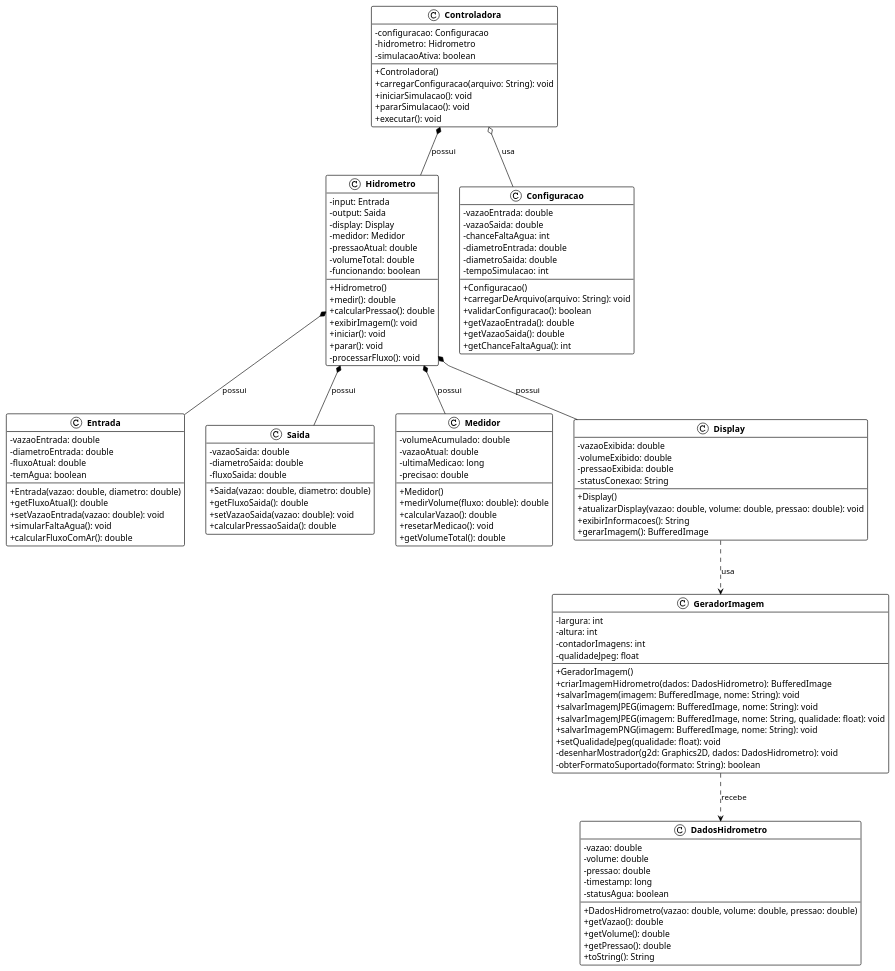
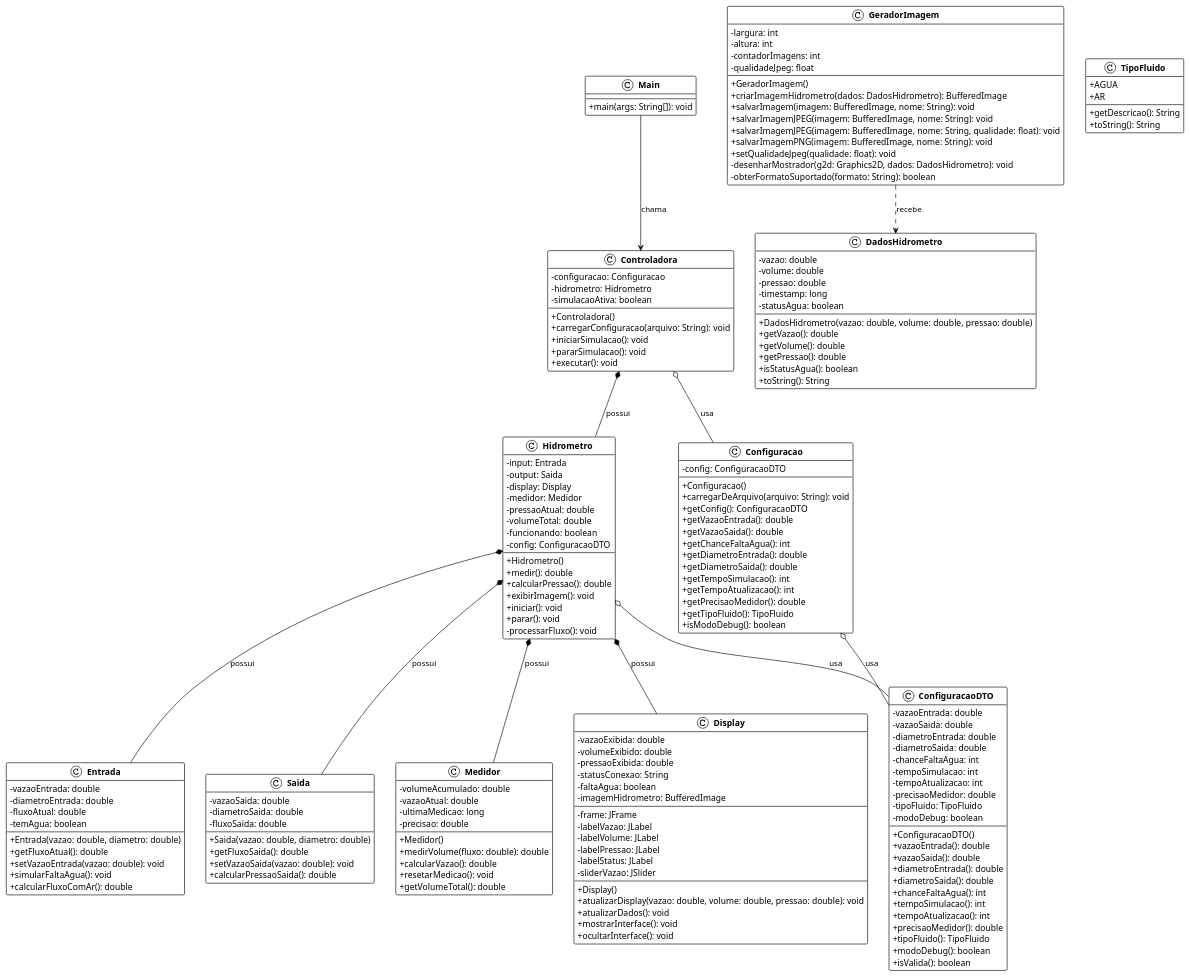
One commit to ireneisley/projeto-simulacao-hidrometro changed the diagram in hidrometro-simulator.puml. Above: the diagram before and after it, drawn with PlantUML. The commit also changed 2 other files, not shown here.

Commit message:
feat: adiciona funcionalidade para vazao

```diff
--- a/hidrometro-simulator.puml
+++ b/hidrometro-simulator.puml
@@ -1,146 +1,197 @@
 @startuml Simulador de Hidrômetro
 
 !theme plain
 skinparam classAttributeIconSize 0
 skinparam classFontStyle bold
 skinparam classBackgroundColor White
 skinparam classBorderColor Black
 skinparam classArrowColor Black
+top to bottom direction
 
-' Classe Controladora
+' ===== Main chama Controladora =====
+class Main {
+    + main(args: String[]): void
+}
 class Controladora {
     - configuracao: Configuracao
     - hidrometro: Hidrometro
     - simulacaoAtiva: boolean
     + Controladora()
     + carregarConfiguracao(arquivo: String): void
     + iniciarSimulacao(): void
     + pararSimulacao(): void
     + executar(): void
 }
+Main --> Controladora : chama
 
-' Classe Hidrometro
+' ===== Núcleo =====
 class Hidrometro {
     - input: Entrada
     - output: Saida
     - display: Display
     - medidor: Medidor
     - pressaoAtual: double
     - volumeTotal: double
     - funcionando: boolean
+    - config: ConfiguracaoDTO
     + Hidrometro()
     + medir(): double
     + calcularPressao(): double
     + exibirImagem(): void
     + iniciar(): void
     + parar(): void
     - processarFluxo(): void
 }
 
-' Classe Entrada
 class Entrada {
     - vazaoEntrada: double
     - diametroEntrada: double
     - fluxoAtual: double
     - temAgua: boolean
     + Entrada(vazao: double, diametro: double)
     + getFluxoAtual(): double
     + setVazaoEntrada(vazao: double): void
     + simularFaltaAgua(): void
     + calcularFluxoComAr(): double
 }
 
-' Classe Saida
 class Saida {
     - vazaoSaida: double
     - diametroSaida: double
     - fluxoSaida: double
     + Saida(vazao: double, diametro: double)
     + getFluxoSaida(): double
     + setVazaoSaida(vazao: double): void
     + calcularPressaoSaida(): double
 }
 
-' Classe Medidor
 class Medidor {
     - volumeAcumulado: double
     - vazaoAtual: double
     - ultimaMedicao: long
     - precisao: double
     + Medidor()
     + medirVolume(fluxo: double): double
     + calcularVazao(): double
     + resetarMedicao(): void
     + getVolumeTotal(): double
 }
 
-' Classe Display
+' ===== Display (atualizado) =====
 class Display {
     - vazaoExibida: double
     - volumeExibido: double
     - pressaoExibida: double
     - statusConexao: String
+    - faltaAgua: boolean
+    - imagemHidrometro: BufferedImage
+    --
+    - frame: JFrame
+    - labelVazao: JLabel
+    - labelVolume: JLabel
+    - labelPressao: JLabel
+    - labelStatus: JLabel
+    - sliderVazao: JSlider
+    --
     + Display()
     + atualizarDisplay(vazao: double, volume: double, pressao: double): void
-    + exibirInformacoes(): String
-    + gerarImagem(): BufferedImage
+    + atualizarDados(): void
+    + mostrarInterface(): void
+    + ocultarInterface(): void
 }
 
-' Classe Configuracao
 class Configuracao {
-    - vazaoEntrada: double
-    - vazaoSaida: double
-    - chanceFaltaAgua: int
-    - diametroEntrada: double
-    - diametroSaida: double
-    - tempoSimulacao: int
+    - config: ConfiguracaoDTO
     + Configuracao()
     + carregarDeArquivo(arquivo: String): void
-    + validarConfiguracao(): boolean
+    + getConfig(): ConfiguracaoDTO
     + getVazaoEntrada(): double
     + getVazaoSaida(): double
     + getChanceFaltaAgua(): int
+    + getDiametroEntrada(): double
+    + getDiametroSaida(): double
+    + getTempoSimulacao(): int
+    + getTempoAtualizacao(): int
+    + getPrecisaoMedidor(): double
+    + getTipoFluido(): TipoFluido
+    + isModoDebug(): boolean
 }
 
-' Classe GeradorImagem
+' ===== NOVO: ConfiguracaoDTO =====
+class ConfiguracaoDTO {
+    - vazaoEntrada: double
+    - vazaoSaida: double
+    - diametroEntrada: double
+    - diametroSaida: double
+    - chanceFaltaAgua: int
+    - tempoSimulacao: int
+    - tempoAtualizacao: int
+    - precisaoMedidor: double
+    - tipoFluido: TipoFluido
+    - modoDebug: boolean
+    + ConfiguracaoDTO()
+    + vazaoEntrada(): double
+    + vazaoSaida(): double
+    + diametroEntrada(): double
+    + diametroSaida(): double
+    + chanceFaltaAgua(): int
+    + tempoSimulacao(): int
+    + tempoAtualizacao(): int
+    + precisaoMedidor(): double
+    + tipoFluido(): TipoFluido
+    + modoDebug(): boolean
+    + isValida(): boolean
+}
+
 class GeradorImagem {
     - largura: int
     - altura: int
     - contadorImagens: int
     - qualidadeJpeg: float
     + GeradorImagem()
     + criarImagemHidrometro(dados: DadosHidrometro): BufferedImage
     + salvarImagem(imagem: BufferedImage, nome: String): void
     + salvarImagemJPEG(imagem: BufferedImage, nome: String): void
     + salvarImagemJPEG(imagem: BufferedImage, nome: String, qualidade: float): void
     + salvarImagemPNG(imagem: BufferedImage, nome: String): void
     + setQualidadeJpeg(qualidade: float): void
     - desenharMostrador(g2d: Graphics2D, dados: DadosHidrometro): void
     - obterFormatoSuportado(formato: String): boolean
 }
 
-' Classe DadosHidrometro
 class DadosHidrometro {
     - vazao: double
     - volume: double
     - pressao: double
     - timestamp: long
     - statusAgua: boolean
     + DadosHidrometro(vazao: double, volume: double, pressao: double)
     + getVazao(): double
     + getVolume(): double
     + getPressao(): double
+    + isStatusAgua(): boolean
     + toString(): String
 }
 
-' Relacionamentos
+' ===== TipoFluido (sozinho) =====
+class TipoFluido {
+    + AGUA
+    + AR
+    + getDescricao(): String
+    + toString(): String
+}
+
+' ===== Relacionamentos =====
 Controladora *-- Hidrometro : possui
 Controladora o-- Configuracao : usa
 Hidrometro *-- Entrada : possui
 Hidrometro *-- Saida : possui
 Hidrometro *-- Medidor : possui
 Hidrometro *-- Display : possui
-Display ..> GeradorImagem : usa
+' Hidrometro usa ConfiguracaoDTO internamente
+Hidrometro o-- ConfiguracaoDTO : usa
+' Configuracao contém/expõe ConfiguracaoDTO
+Configuracao o-- ConfiguracaoDTO : usa
 GeradorImagem ..> DadosHidrometro : recebe
 
 @enduml
```
